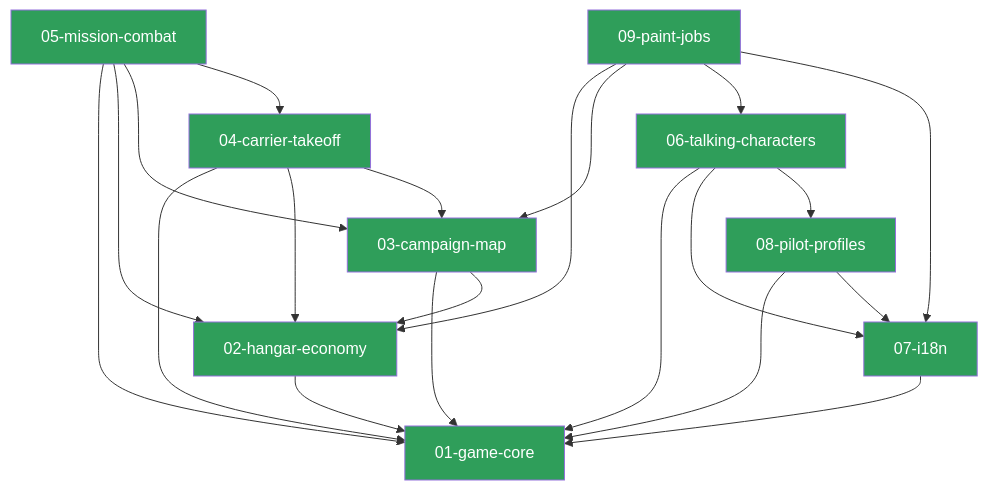
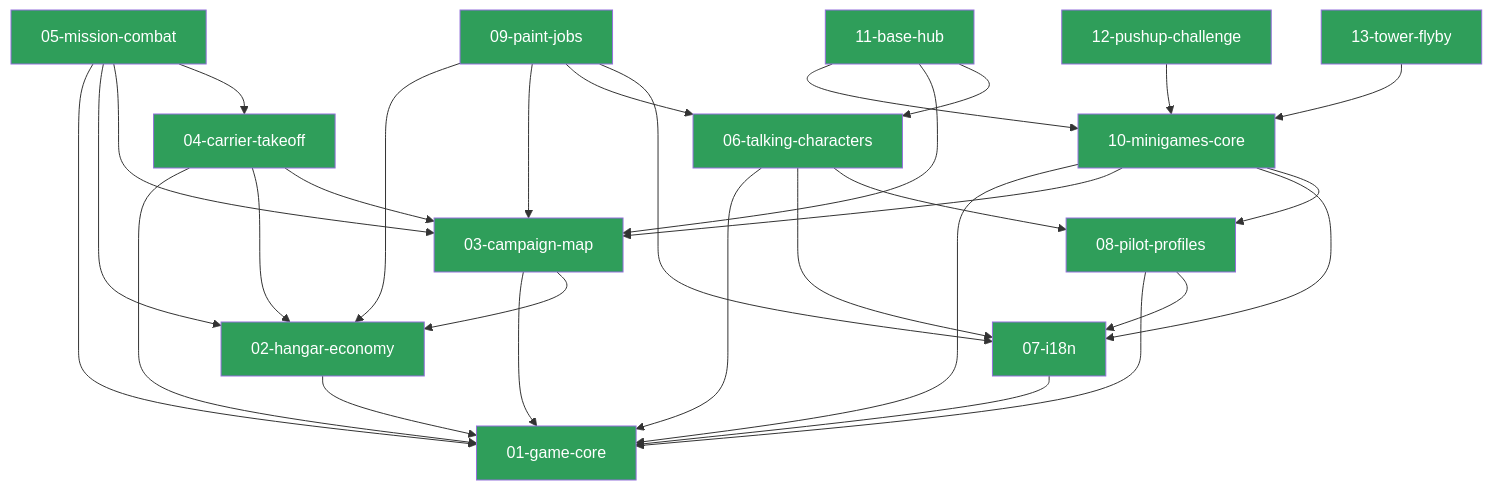
One commit to JanderHungrige/TopRun changed the diagram in .mdd/connections.md. Above: the diagram before and after it, drawn with Mermaid. The commit also changed other lines of this file and 62 other files, not shown here.

First line of the commit message:
feat(minigames): wave 1 — BASE hub, game shell, Push-ups and Tower Flyby

````diff
--- a/.mdd/connections.md
+++ b/.mdd/connections.md
@@ -29,36 +34,49 @@
 ```mermaid
 graph TD
   core[01-game-core]:::complete
   hangar[02-hangar-economy]:::complete
   map[03-campaign-map]:::complete
   takeoff[04-carrier-takeoff]:::complete
   mission[05-mission-combat]:::complete
   chars[06-talking-characters]:::complete
   i18n[07-i18n]:::complete
   pilots[08-pilot-profiles]:::complete
   paint[09-paint-jobs]:::complete
+  mgcore[10-minigames-core]:::complete
+  hub[11-base-hub]:::complete
+  pushups[12-pushup-challenge]:::complete
+  flyby[13-tower-flyby]:::complete
   hangar --> core
   map --> core
   map --> hangar
   takeoff --> core
   takeoff --> hangar
   takeoff --> map
   mission --> core
   mission --> hangar
   mission --> map
   mission --> takeoff
   chars --> core
   chars --> i18n
   chars --> pilots
   i18n --> core
   pilots --> core
   pilots --> i18n
   paint --> hangar
   paint --> map
   paint --> chars
   paint --> i18n
+  mgcore --> core
+  mgcore --> map
+  mgcore --> i18n
+  mgcore --> pilots
+  hub --> mgcore
+  hub --> map
+  hub --> chars
+  pushups --> mgcore
+  flyby --> mgcore
   classDef complete fill:#2f9e5a,color:#fff
   classDef in_progress fill:#d39b1f,color:#000
   classDef draft fill:#5c6f82,color:#fff
   classDef deprecated fill:#333,color:#aaa
 ```
````
